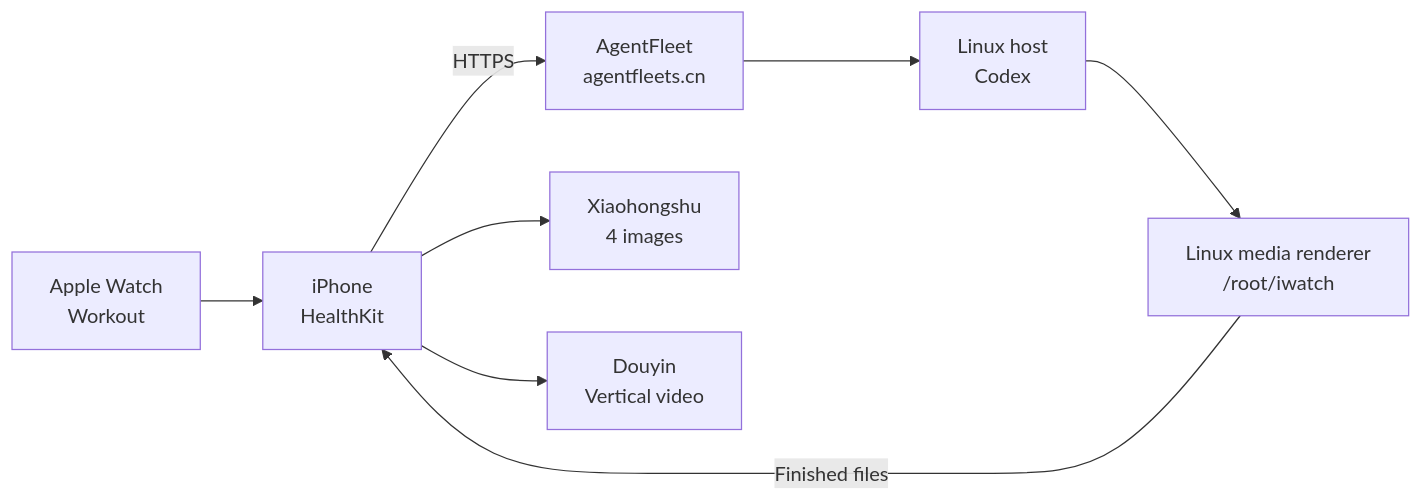
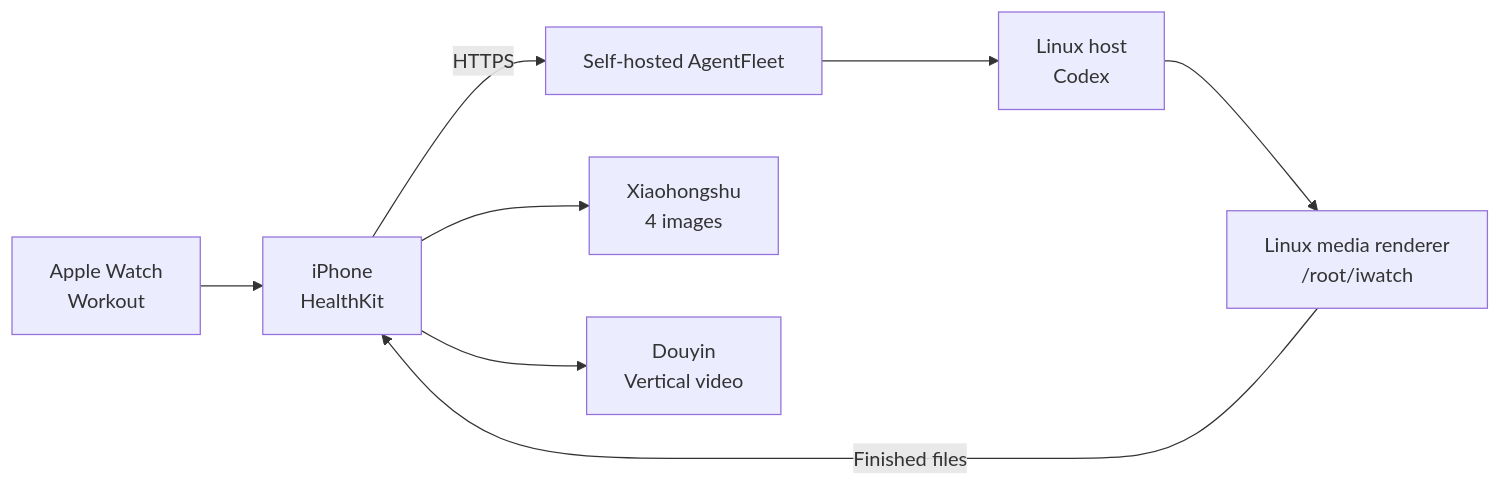
Before and after one commit to JosephJagger/applefleets: the diagram in README.md, drawn with Mermaid. The commit also changed other lines of this file and 5 other files, not shown here.

Commit message:
Describe AgentFleet as a self-hosted dependency

````diff
--- a/README.md
+++ b/README.md
@@ -19,10 +19,10 @@
 ```mermaid
 flowchart LR
     A["Apple Watch<br>Workout"] --> B["iPhone<br>HealthKit"]
-    B -->|HTTPS| C["AgentFleet<br>agentfleets.cn"]
+    B -->|HTTPS| C["Self-hosted AgentFleet"]
     C --> D["Linux host<br>Codex"]
     D --> G["Linux media renderer<br>/root/iwatch"]
     G -->|Finished files| B
     B --> E["Xiaohongshu<br>4 images"]
     B --> F["Douyin<br>Vertical video"]
 ```
````
